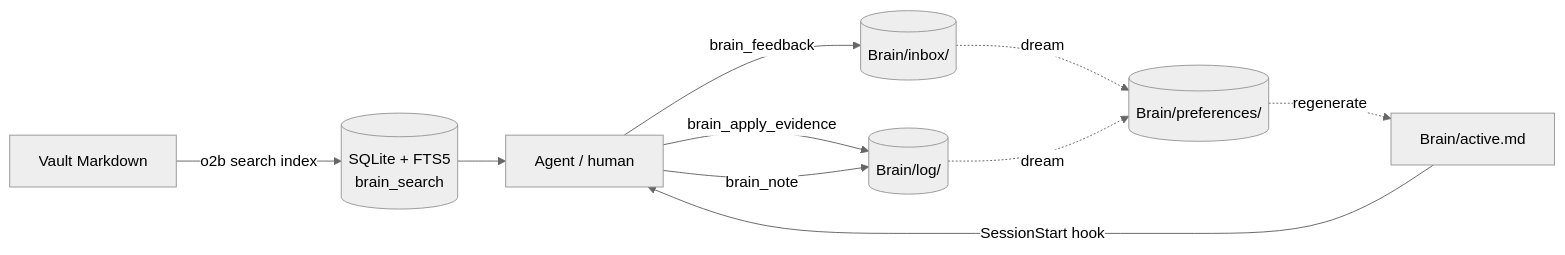
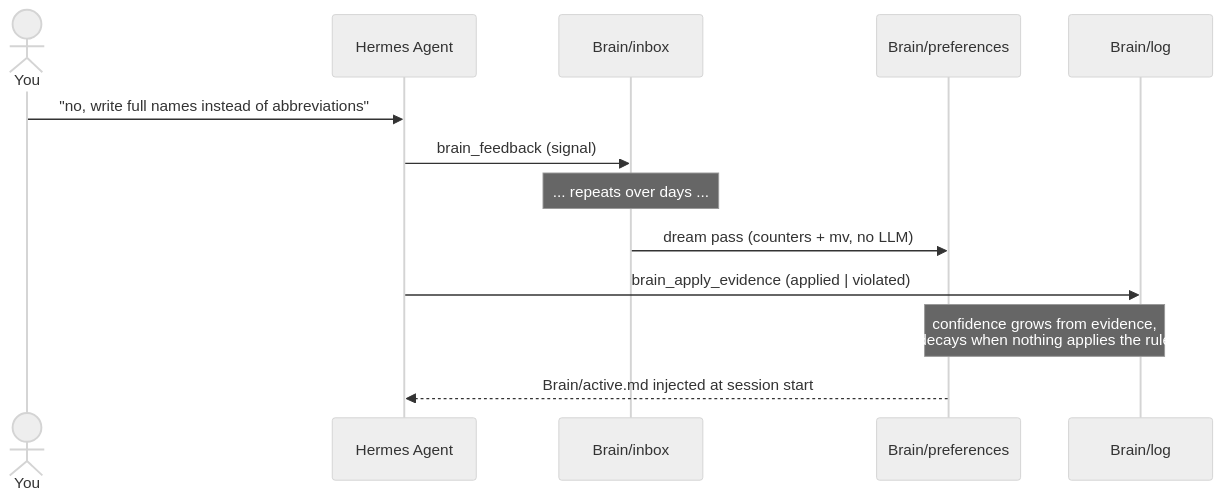
Before and after one commit to itechmeat/open-second-brain: the second of 2 diagrams in README.md, drawn with Mermaid (neutral theme). The commit also changed other lines of this file and 125 other files, not shown here.

First line of the commit message:
v0.11.0 - Brain-centric vault layout: one agent-owned root, opt-in user notes (#35)

````diff
--- a/README.md
+++ b/README.md
@@ -34,13 +79,16 @@
 ```mermaid
-flowchart LR
-    Agent[Agent / human]
-    Agent -- brain_feedback --> Inbox[(Brain/inbox/)]
-    Inbox -. dream .-> Pref[(Brain/preferences/)]
-    Agent -- brain_apply_evidence --> Log[(Brain/log/)]
-    Agent -- brain_note --> Log
-    Log -. dream .-> Pref
-    Pref -. regenerate .-> Active[Brain/active.md]
-    Active -- SessionStart hook --> Agent
-    Vault[Vault Markdown] -- o2b search index --> FTS[(SQLite + FTS5<br/>brain_search)]
-    FTS --> Agent
+sequenceDiagram
+    actor You
+    participant Agent as Hermes Agent
+    participant Inbox as Brain/inbox
+    participant Pref as Brain/preferences
+    participant Log as Brain/log
+
+    You->>Agent: "no, write full names instead of abbreviations"
+    Agent->>Inbox: brain_feedback (signal)
+    Note over Inbox: ... repeats over days ...
+    Inbox->>Pref: dream pass (counters + mv, no LLM)
+    Agent->>Log: brain_apply_evidence (applied | violated)
+    Note over Pref,Log: confidence grows from evidence,<br/>decays when nothing applies the rule
+    Pref-->>Agent: Brain/active.md injected at session start
 ```
````
